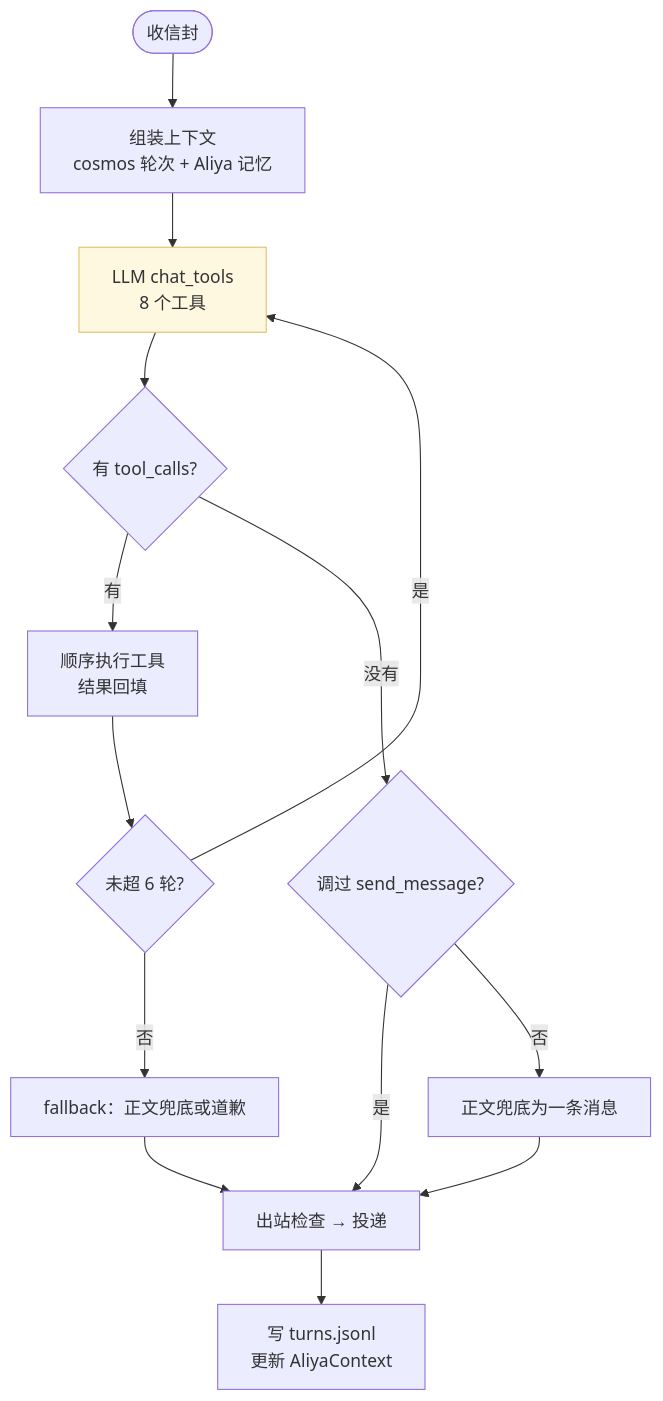
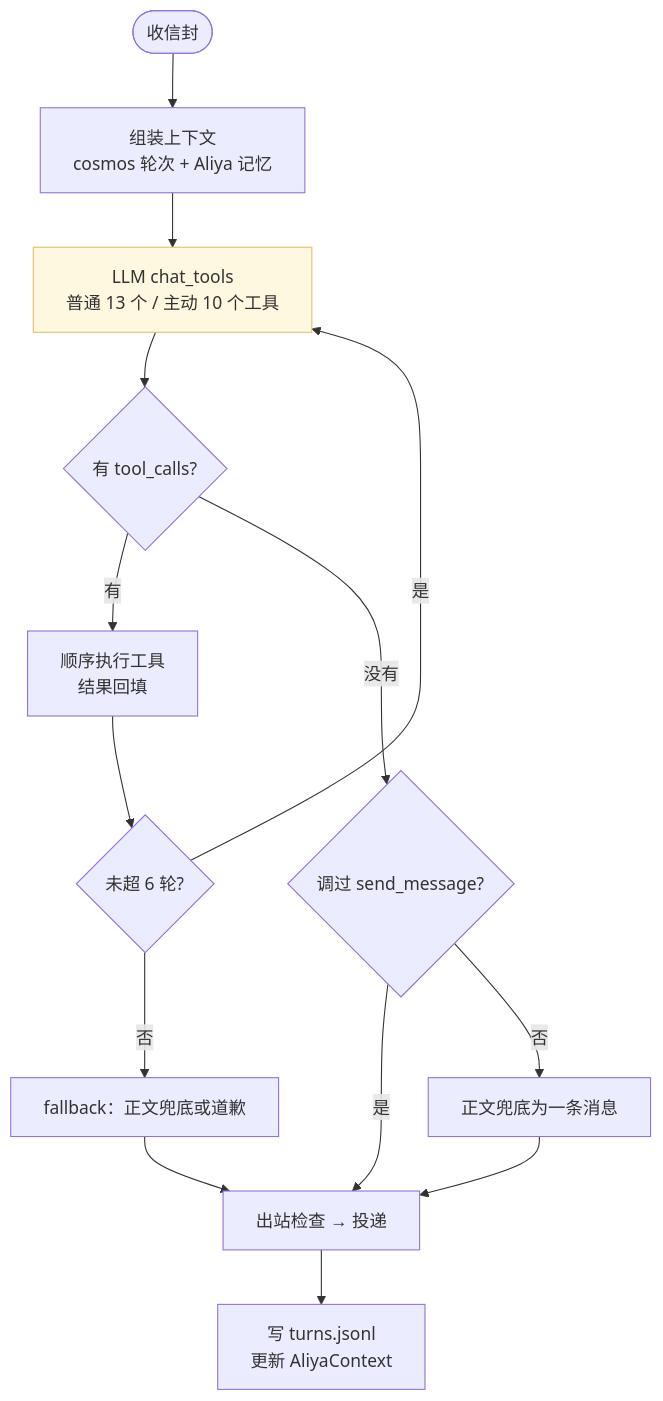
One commit to muyulov/Aliya-cosmos changed the second of 2 diagrams in agent/aliya/README.md. Above: the diagram before and after it, drawn with Mermaid. The commit also changed 11 other files, not shown here.

First line of the commit message:
feat(aliya): 增加自主跟进与取消工具并修复意图丢失

````diff
--- a/agent/aliya/README.md
+++ b/agent/aliya/README.md
@@ -180,18 +180,18 @@
 ```mermaid
 flowchart TD
     E(["收信封"]) --> M["组装上下文<br/>cosmos 轮次 + Aliya 记忆"]
-    M --> L["LLM chat_tools<br/>8 个工具"]
+    M --> L["LLM chat_tools<br/>普通 13 个 / 主动 10 个工具"]
     L --> T{"有 tool_calls?"}
     T -->|"有"| X["顺序执行工具<br/>结果回填"]
     X --> R{"未超 6 轮?"}
     R -->|"是"| L
     R -->|"否"| F["fallback：正文兜底或道歉"]
     T -->|"没有"| S{"调过 send_message?"}
     S -->|"是"| P["出站检查 → 投递"]
     S -->|"否"| B["正文兜底为一条消息"]
     F --> P
     B --> P
     P --> MEM["写 turns.jsonl<br/>更新 AliyaContext"]
 
     style L fill:#fff8e1,stroke:#e0c068
 ```
````
